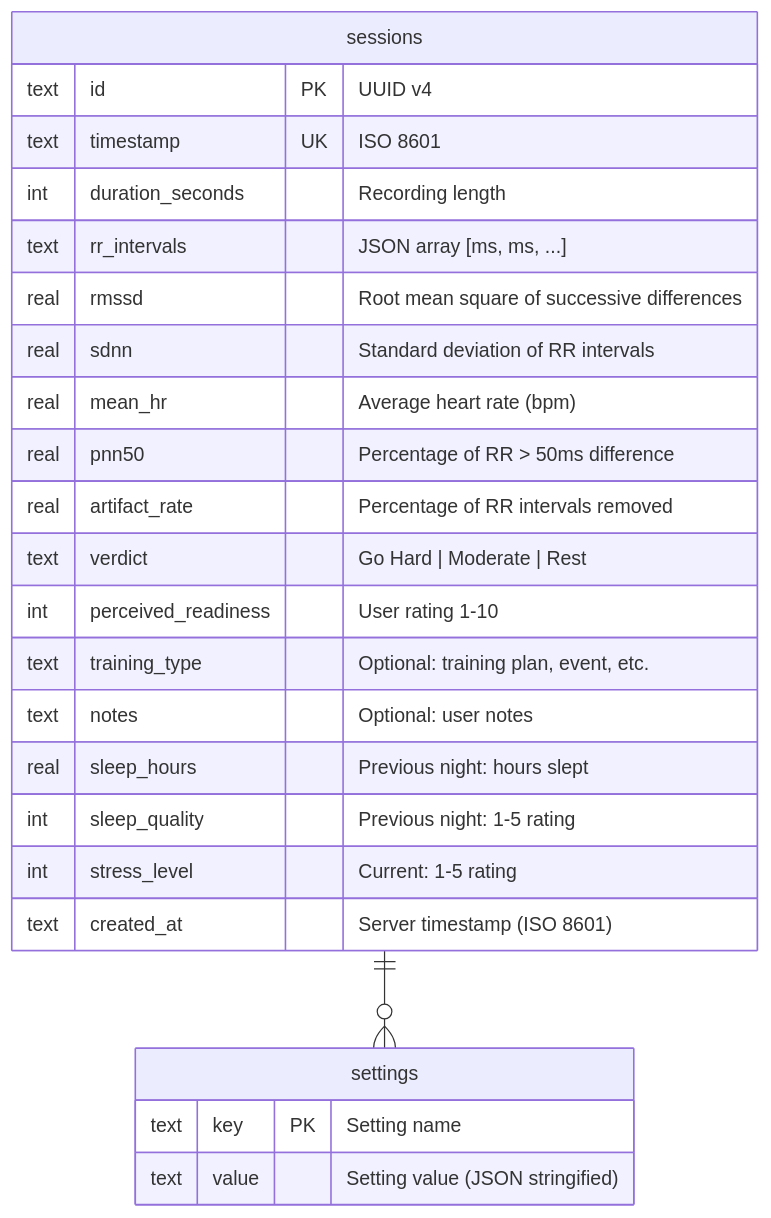
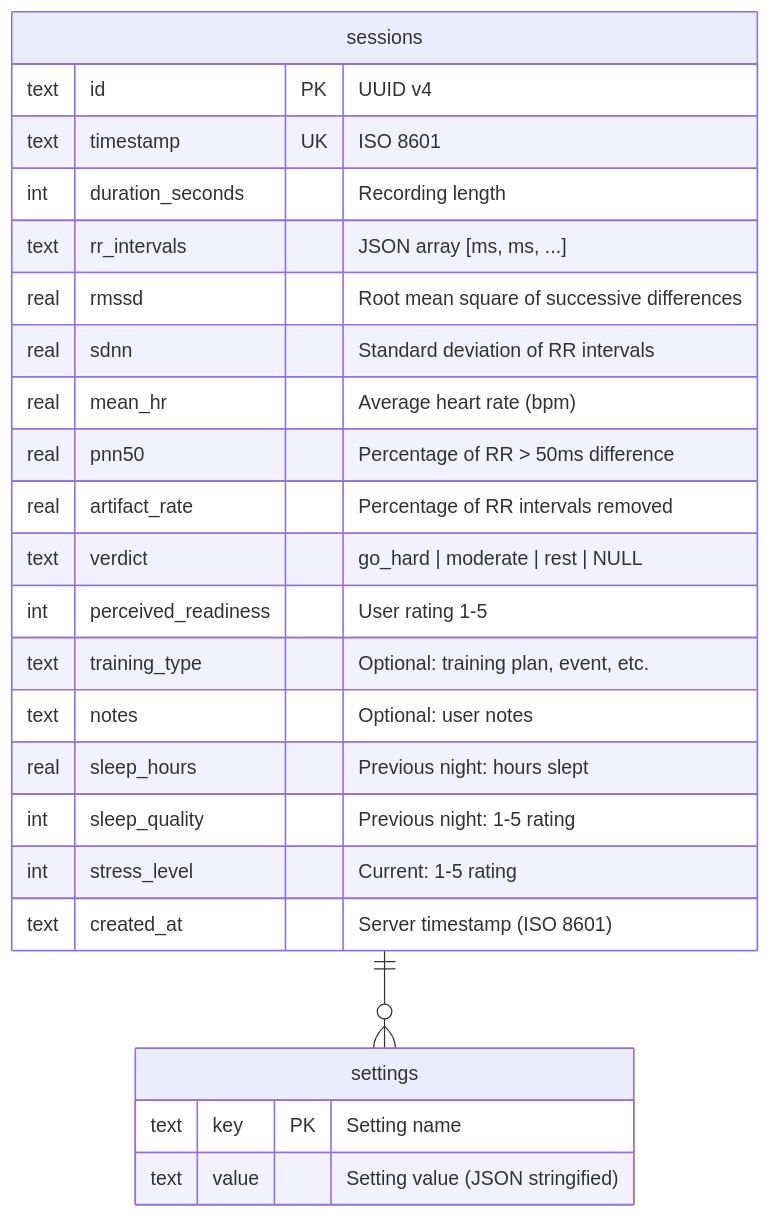
The diagram in website/docs/architecture/database-schema.md (josedab/hrv-dashboard), drawn with Mermaid before and after one commit. The commit also changed other lines of this file and 39 other files, not shown here.

Commit message:
docs(website,readme): expand API reference, add new guides and architecture docs

````diff
--- a/website/docs/architecture/database-schema.md
+++ b/website/docs/architecture/database-schema.md
@@ -11,29 +11,29 @@
 ```mermaid
 erDiagram
     sessions ||--o{ settings : "" 
 
     sessions {
         text id PK "UUID v4"
         text timestamp UK "ISO 8601"
         int duration_seconds "Recording length"
         text rr_intervals "JSON array [ms, ms, ...]"
         real rmssd "Root mean square of successive differences"
         real sdnn "Standard deviation of RR intervals"
         real mean_hr "Average heart rate (bpm)"
         real pnn50 "Percentage of RR > 50ms difference"
         real artifact_rate "Percentage of RR intervals removed"
-        text verdict "Go Hard | Moderate | Rest"
-        int perceived_readiness "User rating 1-10"
+        text verdict "go_hard | moderate | rest | NULL"
+        int perceived_readiness "User rating 1-5"
         text training_type "Optional: training plan, event, etc."
         text notes "Optional: user notes"
         real sleep_hours "Previous night: hours slept"
         int sleep_quality "Previous night: 1-5 rating"
         int stress_level "Current: 1-5 rating"
         text created_at "Server timestamp (ISO 8601)"
     }
 
     settings {
         text key PK "Setting name"
         text value "Setting value (JSON stringified)"
     }
 ```
````
